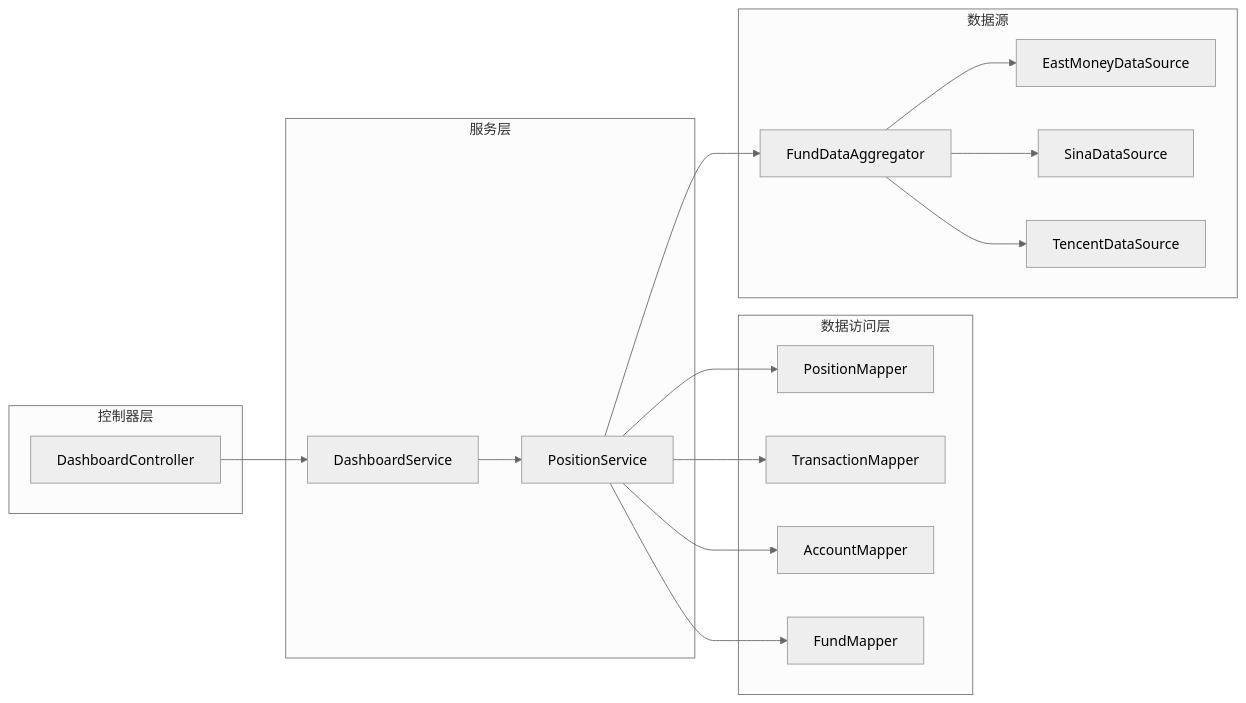
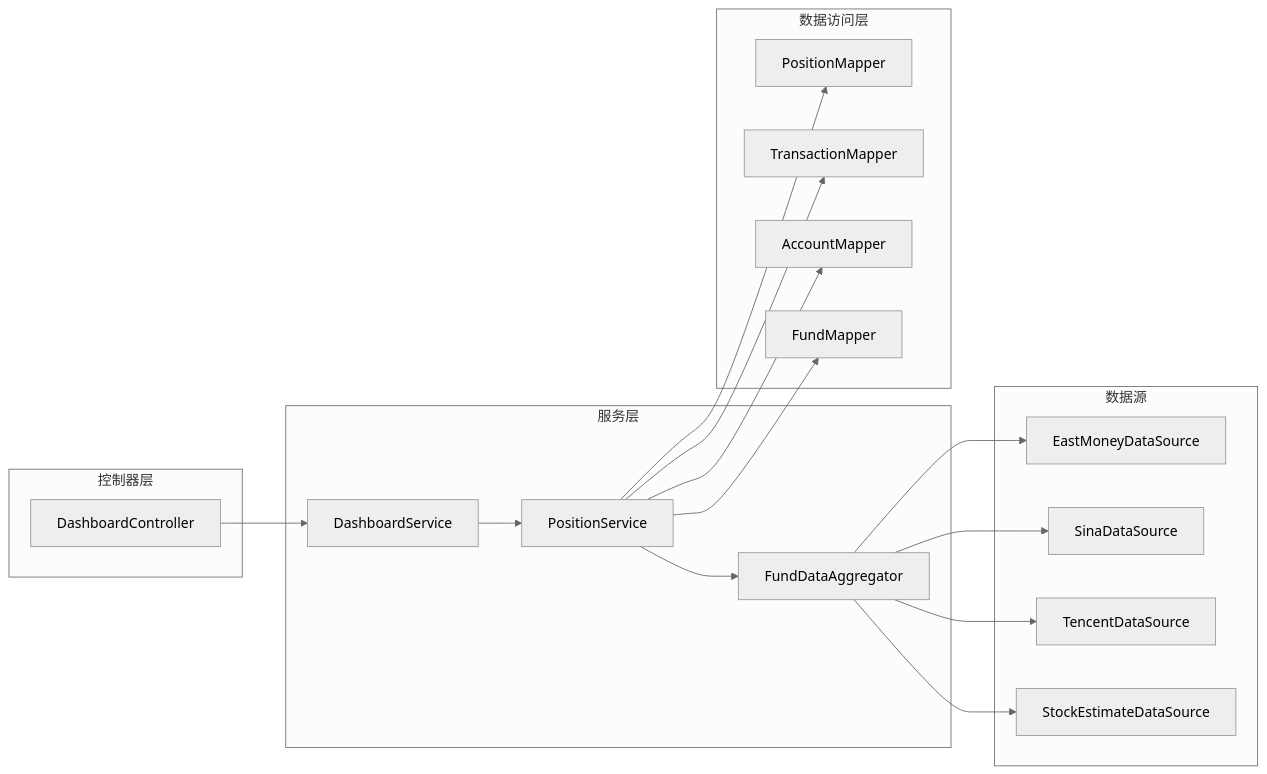
The eighth of 9 diagrams in .qoder/repowiki/zh/content/Dashboard Enhancement.md (gree-coder/fund-butler), drawn with Mermaid (neutral theme) before and after one commit. The commit also changed other lines of this file and 15 other files, not shown here.

````diff
--- a/.qoder/repowiki/zh/content/Dashboard Enhancement.md
+++ b/.qoder/repowiki/zh/content/Dashboard Enhancement.md
@@ -390,32 +428,34 @@
 ```mermaid
 graph LR
 subgraph "控制器层"
 DC[DashboardController]
 end
 subgraph "服务层"
 DS[DashboardService]
 PS[PositionService]
+FDA[FundDataAggregator]
 end
 subgraph "数据访问层"
 PM[PositionMapper]
 TM[TransactionMapper]
 AM[AccountMapper]
 FM[FundMapper]
 end
 subgraph "数据源"
-FDA[FundDataAggregator]
 ED[EastMoneyDataSource]
 SD[SinaDataSource]
 TD[TencentDataSource]
+SED[StockEstimateDataSource]
 end
 DC --> DS
 DS --> PS
 PS --> PM
 PS --> TM
 PS --> AM
 PS --> FM
 PS --> FDA
 FDA --> ED
 FDA --> SD
 FDA --> TD
+FDA --> SED
 ```
````
